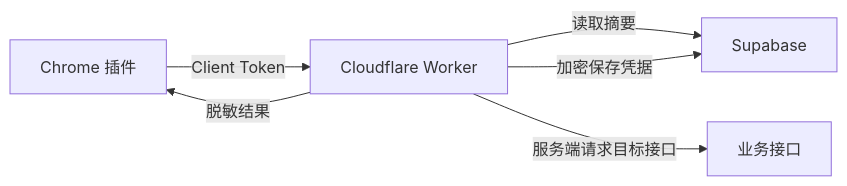
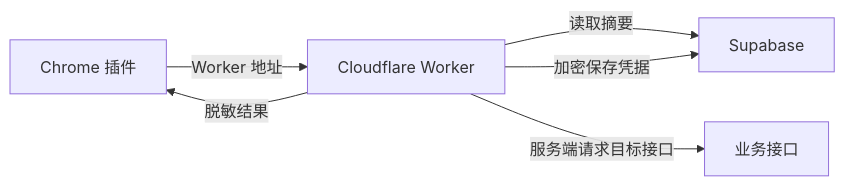
Before and after one commit to lsy5920/txzz-plugin-worker: the diagram in README.md, drawn with Mermaid. The commit also changed other lines of this file and 2 other files, not shown here.

````diff
--- a/README.md
+++ b/README.md
@@ -135,8 +131,8 @@
 ```mermaid
 flowchart LR
-  A["Chrome 插件"] -->|"Client Token"| B["Cloudflare Worker"]
+  A["Chrome 插件"] -->|"Worker 地址"| B["Cloudflare Worker"]
   B -->|"读取摘要"| C["Supabase"]
   B -->|"加密保存凭据"| C
   B -->|"服务端请求目标接口"| D["业务接口"]
   B -->|"脱敏结果"| A
 ```
````
